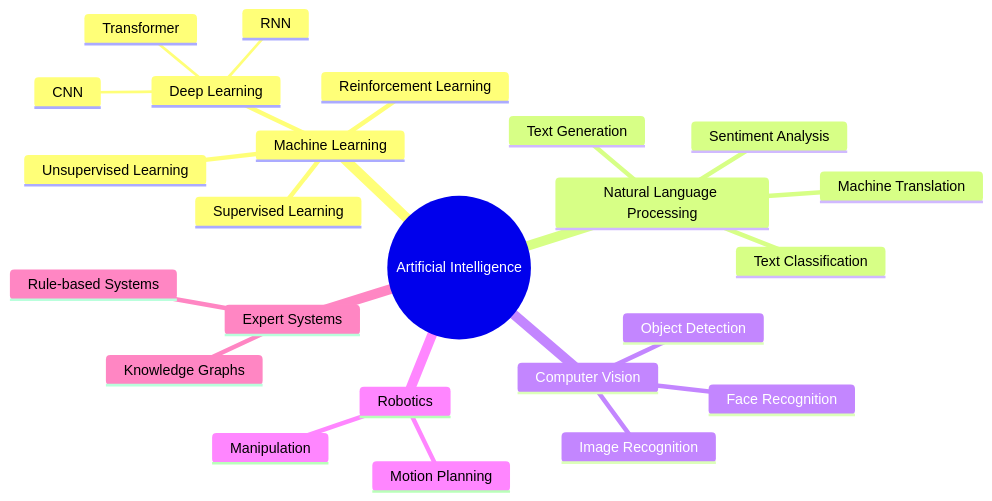
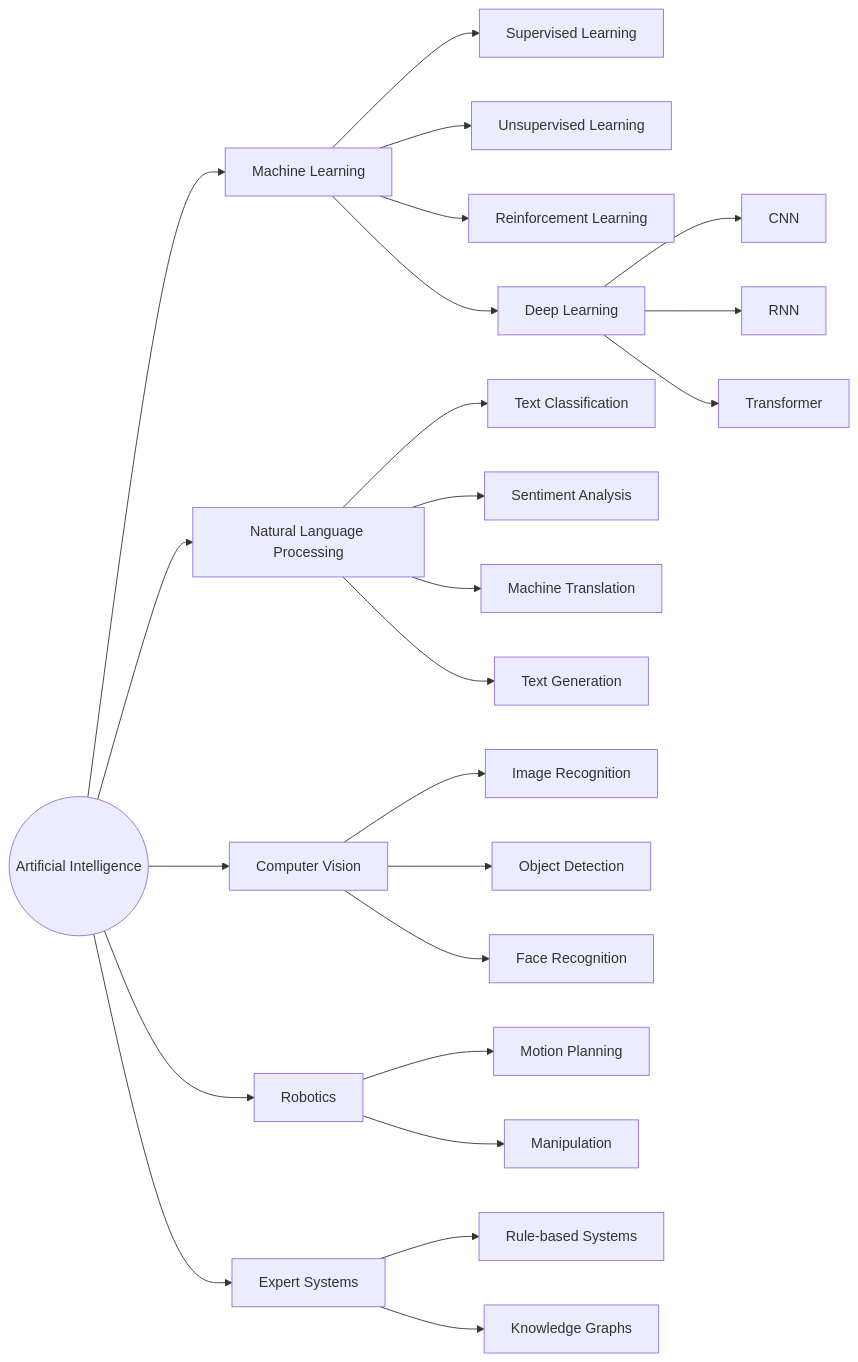
Before and after one commit to IzzetYasinAtes/ClaudeCodeHandbook: the second of 4 diagrams in 01-yapay-zeka-temelleri/01-yapay-zeka-nedir.md, drawn with Mermaid. The commit also changed other lines of this file and 145 other files, not shown here.

Commit message:
Updated README and various markdown files to enhance readability by replacing newline characters with HTML line breaks in flowcharts and diagrams. This improves the visual presentation of content related to AI fundamentals, large language models, and their applications.

````diff
--- a/01-yapay-zeka-temelleri/01-yapay-zeka-nedir.md
+++ b/01-yapay-zeka-temelleri/01-yapay-zeka-nedir.md
@@ -57,27 +57,40 @@
 ```mermaid
-mindmap
-  root((Artificial Intelligence))
-    Machine Learning
-      Supervised Learning
-      Unsupervised Learning
-      Reinforcement Learning
-      Deep Learning
-        CNN
-        RNN
-        Transformer
-    Natural Language Processing
-      Text Classification
-      Sentiment Analysis
-      Machine Translation
-      Text Generation
-    Computer Vision
-      Image Recognition
-      Object Detection
-      Face Recognition
-    Robotics
-      Motion Planning
-      Manipulation
-    Expert Systems
-      Rule-based Systems
-      Knowledge Graphs
+flowchart LR
+    AI((Artificial Intelligence))
+
+    ML[Machine Learning]
+    NLP[Natural Language Processing]
+    CV[Computer Vision]
+    ROB[Robotics]
+    ES[Expert Systems]
+
+    AI --> ML
+    AI --> NLP
+    AI --> CV
+    AI --> ROB
+    AI --> ES
+
+    ML --> SL[Supervised Learning]
+    ML --> UL[Unsupervised Learning]
+    ML --> RL[Reinforcement Learning]
+    ML --> DL[Deep Learning]
+
+    DL --> CNN[CNN]
+    DL --> RNN[RNN]
+    DL --> TF[Transformer]
+
+    NLP --> TC[Text Classification]
+    NLP --> SA[Sentiment Analysis]
+    NLP --> MT[Machine Translation]
+    NLP --> TG[Text Generation]
+
+    CV --> IR[Image Recognition]
+    CV --> OD[Object Detection]
+    CV --> FR[Face Recognition]
+
+    ROB --> MP[Motion Planning]
+    ROB --> MAN[Manipulation]
+
+    ES --> RBS[Rule-based Systems]
+    ES --> KG[Knowledge Graphs]
 ```
````
